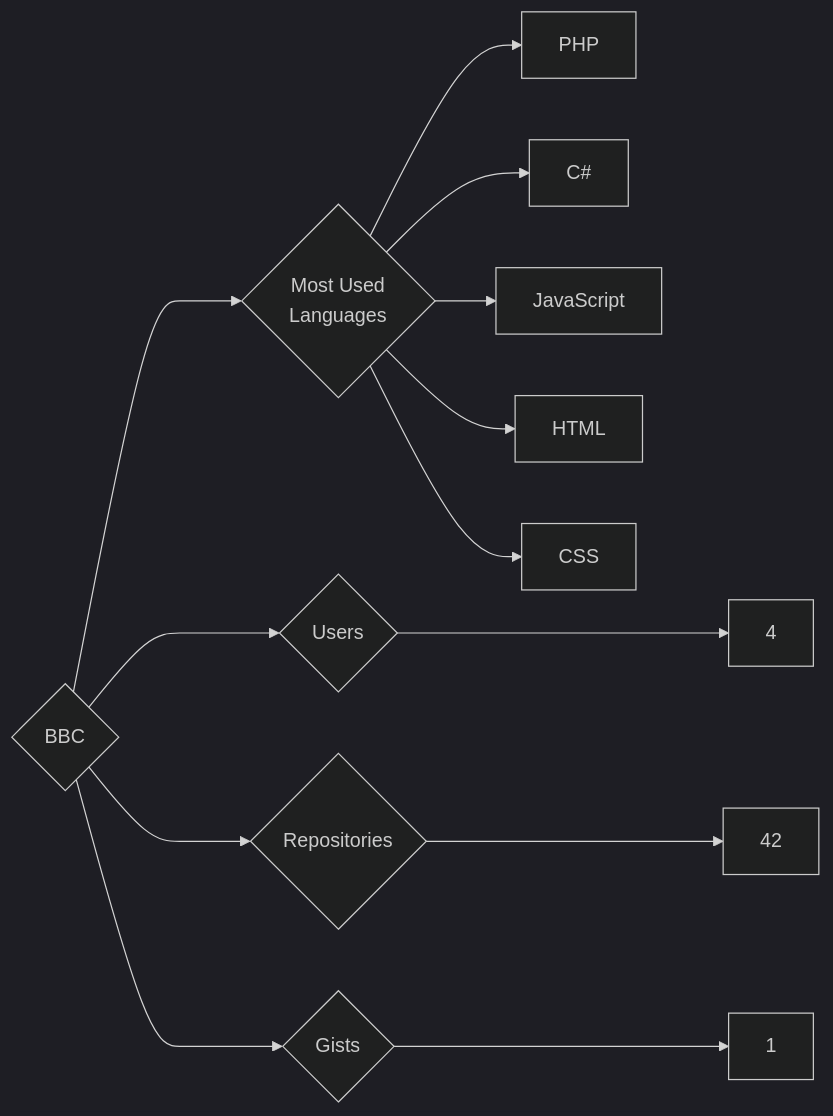
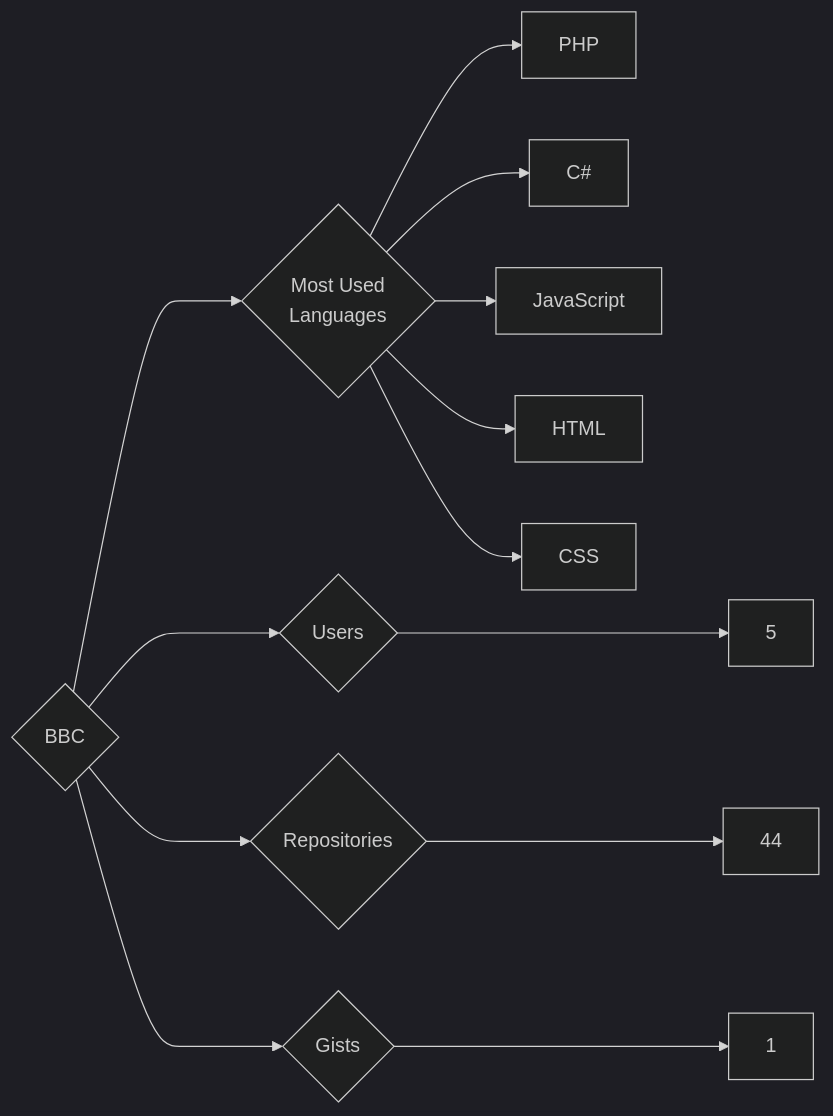
Before and after one commit to trickest/insiders: the diagram in targets/BBC/README.md, drawn with Mermaid (dark theme). The commit also changed 1084 other files, not shown here.

````diff
--- a/targets/BBC/README.md
+++ b/targets/BBC/README.md
@@ -3,13 +3,13 @@
 ```mermaid
 graph LR
 COMPANY_NAME{BBC}
-COMPANY_NAME ---> U{Users} ---> UN[4]
-COMPANY_NAME ---> R{Repositories} ---> RN[42]
+COMPANY_NAME ---> U{Users} ---> UN[5]
+COMPANY_NAME ---> R{Repositories} ---> RN[44]
 COMPANY_NAME ---> G{Gists} ---> GN[1]
 COMPANY_NAME ---> ML{Most Used<br>Languages}
 ML --> PHP[PHP]
 ML --> C#[C#]
 ML --> JavaScript[JavaScript]
 ML --> HTML[HTML]
 ML --> CSS[CSS]
 ```
````
